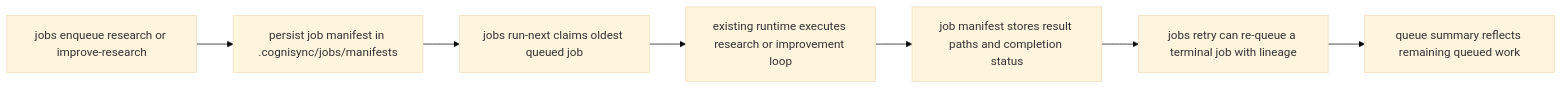
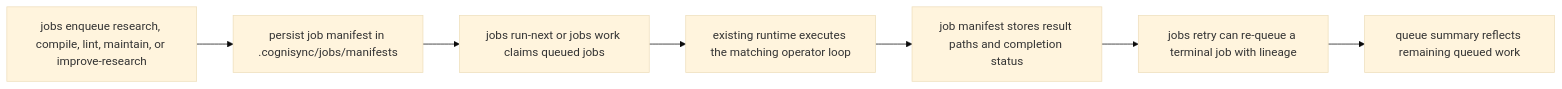
Before and after one commit to shrijacked/Cognisync: the second of 2 diagrams in docs/operator-workflows.md, drawn with Mermaid (base theme). The commit also changed other lines of this file and 2 other files, not shown here.

Commit message:
docs: explain the broader job worker loop

````diff
--- a/docs/operator-workflows.md
+++ b/docs/operator-workflows.md
@@ -244,9 +249,9 @@
 ```mermaid
 flowchart LR
-    A["jobs enqueue research or improve-research"] --> B["persist job manifest in .cognisync/jobs/manifests"]
-    B --> C["jobs run-next claims oldest queued job"]
-    C --> D["existing runtime executes research or improvement loop"]
+    A["jobs enqueue research, compile, lint, maintain, or improve-research"] --> B["persist job manifest in .cognisync/jobs/manifests"]
+    B --> C["jobs run-next or jobs work claims queued jobs"]
+    C --> D["existing runtime executes the matching operator loop"]
     D --> E["job manifest stores result paths and completion status"]
     E --> F["jobs retry can re-queue a terminal job with lineage"]
     F --> G["queue summary reflects remaining queued work"]
 ```
````
